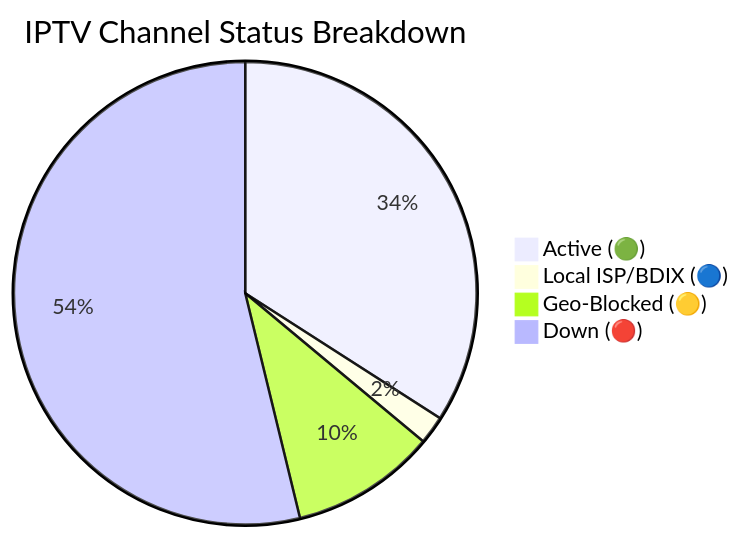
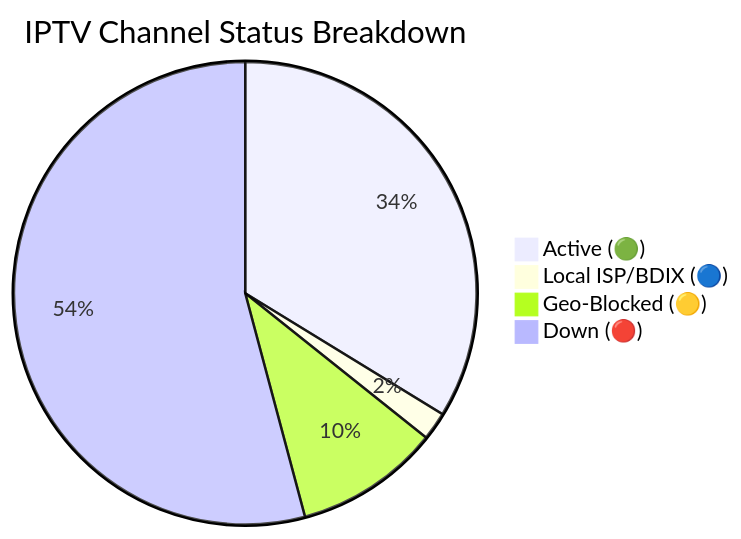
One commit to andreataylord/Ip-tv-Collection changed the diagram in README.md. Above: the diagram before and after it, drawn with Mermaid. The commit also changed other lines of this file and 1 other file, not shown here.

Commit message:
docs(readme): auto-update daily channel status chart

````diff
--- a/README.md
+++ b/README.md
@@ -59,7 +59,7 @@
 ```mermaid
 pie title IPTV Channel Status Breakdown
-    "Active (🟢)" : 2213
+    "Active (🟢)" : 2192
     "Local ISP/BDIX (🔵)" : 128
-    "Geo-Blocked (🟡)" : 659
-    "Down (🔴)" : 3494
+    "Geo-Blocked (🟡)" : 657
+    "Down (🔴)" : 3517
 ```
````
